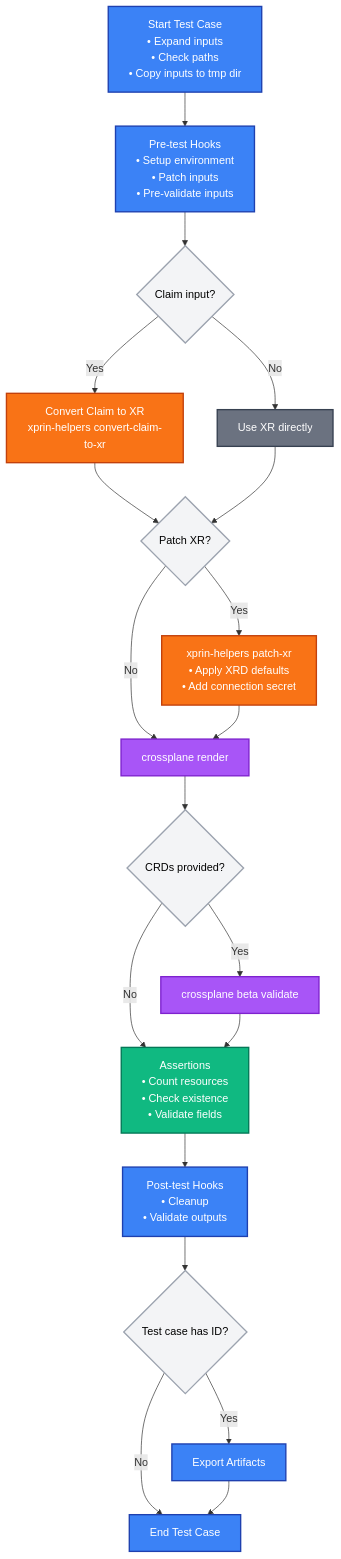
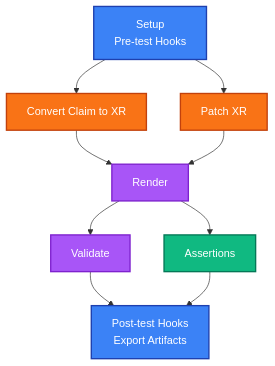
The diagram in README.md (tampakrap/xprin), drawn with Mermaid before and after one commit. The commit also changed other lines of this file and 2 other files, not shown here.

````diff
--- a/README.md
+++ b/README.md
@@ -32,36 +40,19 @@
 ```mermaid
 flowchart TD
-    A["Start Test Case<br/>• Expand inputs<br/>• Check paths<br/>• Copy inputs to tmp dir"] --> B["Pre-test Hooks<br/>• Setup environment<br/>• Patch inputs<br/>• Pre-validate inputs"]
-    B --> C{"Claim input?"}
-    C -->|Yes| D["Convert Claim to XR<br/>xprin-helpers convert-claim-to-xr"]
-    C -->|No| E["Use XR directly"]
-    D --> F{"Patch XR?"}
-    E --> F
-    F -->|Yes| G["xprin-helpers patch-xr<br/>• Apply XRD defaults<br/>• Add connection secret"]
-    F -->|No| I["crossplane render"]
-    G --> I
-    I --> J{"CRDs provided?"}
-    J -->|Yes| K["crossplane beta validate"]
-    J -->|No| L["Assertions<br/>• Count resources<br/>• Check existence<br/>• Validate fields"]
-    K --> L
-    L --> M["Post-test Hooks<br/>• Cleanup<br/>• Validate outputs"]
-    M --> N{"Test case has ID?"}
-    N -->|Yes| O["Export Artifacts"]
-    N -->|No| P["End Test Case"]
-    O --> P
+    A["Setup<br/>Pre-test Hooks"] --> B[Convert Claim to XR]
+    A --> C[Patch XR]
+    B --> D[Render]
+    C --> D
+    D --> E[Validate]
+    D --> F[Assertions]
+    E --> G[Post-test Hooks<br/>Export Artifacts]
+    F --> G
 
-    %% Color scheme: Group related operations with white text for readability
-    classDef xprin fill:#3b82f6,stroke:#1e40af,stroke-width:2px,color:#fff
-    classDef xprinHelpers fill:#f97316,stroke:#c2410c,stroke-width:2px,color:#fff
-    classDef crossplane fill:#a855f7,stroke:#7e22ce,stroke-width:2px,color:#fff
-    classDef validation fill:#10b981,stroke:#047857,stroke-width:2px,color:#fff
-    classDef neutral fill:#6b7280,stroke:#374151,stroke-width:2px,color:#fff
-    classDef decision fill:#f3f4f6,stroke:#9ca3af,stroke-width:2px,color:#000
-
-    class A,B,M,O,P xprin
-    class D,G xprinHelpers
-    class I,K crossplane
-    class L validation
-    class E neutral
-    class C,F,J,N decision
+    style A fill:#3b82f6,stroke:#1e40af,stroke-width:2px,color:#fff
+    style B fill:#f97316,stroke:#c2410c,stroke-width:2px,color:#fff
+    style C fill:#f97316,stroke:#c2410c,stroke-width:2px,color:#fff
+    style D fill:#a855f7,stroke:#7e22ce,stroke-width:2px,color:#fff
+    style E fill:#a855f7,stroke:#7e22ce,stroke-width:2px,color:#fff
+    style F fill:#10b981,stroke:#047857,stroke-width:2px,color:#fff
+    style G fill:#3b82f6,stroke:#1e40af,stroke-width:2px,color:#fff
 ```
````
